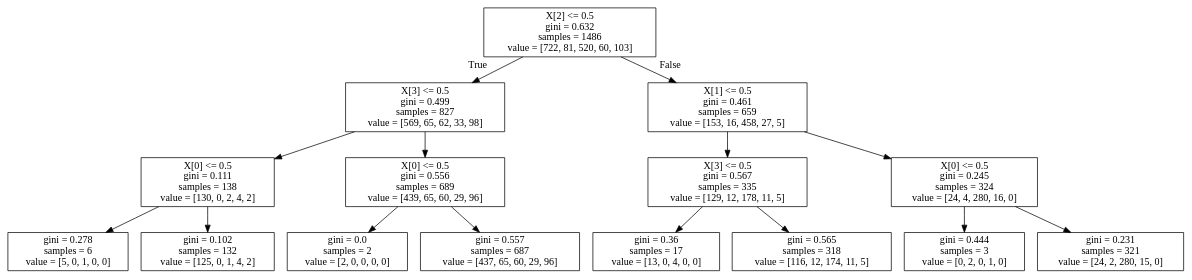
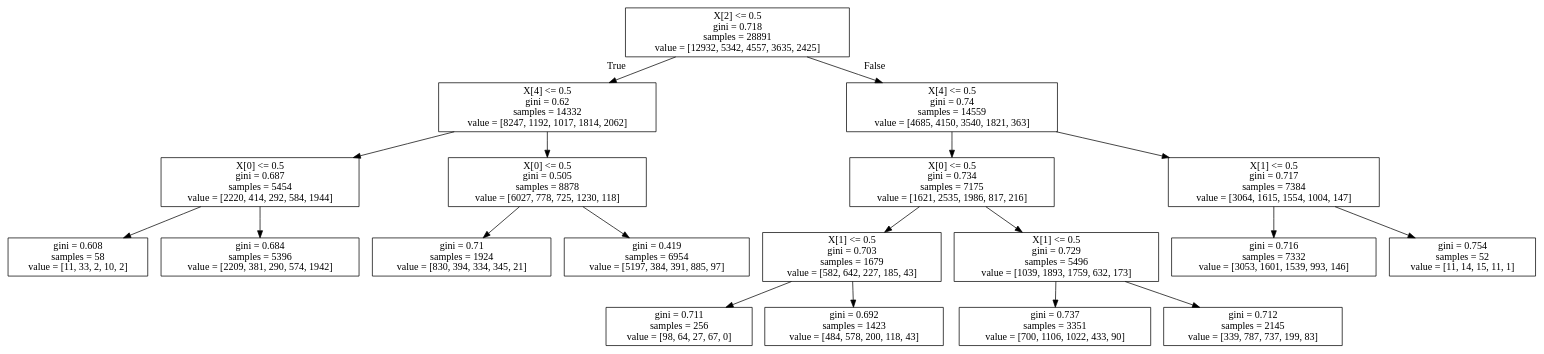
One commit to jesbu1/viper changed the diagram in data/karel/ppo/0000r2+env_task=topOff+max_depth=15+n_batch_rollou=10+max_samples=100000+max_iters=80+train_frac=0.8+is_reweight=False0.10.1/dt_policy.dot. Above: the diagram before and after it, drawn with Graphviz. The commit also changed 60 other files, not shown here.

```diff
--- a/data/karel/ppo/0000r2+env_task=topOff+max_depth=15+n_batch_rollou=10+max_samples=100000+max_iters=80+train_frac=0.8+is_reweight=False0.10.1/dt_policy.dot
+++ b/data/karel/ppo/0000r2+env_task=topOff+max_depth=15+n_batch_rollou=10+max_samples=100000+max_iters=80+train_frac=0.8+is_reweight=False0.10.1/dt_policy.dot
@@ -1,32 +1,40 @@
 digraph Tree {
 node [shape=box] ;
-0 [label="X[2] <= 0.5\ngini = 0.632\nsamples = 1486\nvalue = [722, 81, 520, 60, 103]"] ;
-1 [label="X[3] <= 0.5\ngini = 0.499\nsamples = 827\nvalue = [569, 65, 62, 33, 98]"] ;
+0 [label="X[2] <= 0.5\ngini = 0.718\nsamples = 28891\nvalue = [12932, 5342, 4557, 3635, 2425]"] ;
+1 [label="X[4] <= 0.5\ngini = 0.62\nsamples = 14332\nvalue = [8247, 1192, 1017, 1814, 2062]"] ;
 0 -> 1 [labeldistance=2.5, labelangle=45, headlabel="True"] ;
-2 [label="X[0] <= 0.5\ngini = 0.111\nsamples = 138\nvalue = [130, 0, 2, 4, 2]"] ;
+2 [label="X[0] <= 0.5\ngini = 0.687\nsamples = 5454\nvalue = [2220, 414, 292, 584, 1944]"] ;
 1 -> 2 ;
-3 [label="gini = 0.278\nsamples = 6\nvalue = [5, 0, 1, 0, 0]"] ;
+3 [label="gini = 0.608\nsamples = 58\nvalue = [11, 33, 2, 10, 2]"] ;
 2 -> 3 ;
-4 [label="gini = 0.102\nsamples = 132\nvalue = [125, 0, 1, 4, 2]"] ;
+4 [label="gini = 0.684\nsamples = 5396\nvalue = [2209, 381, 290, 574, 1942]"] ;
 2 -> 4 ;
-5 [label="X[0] <= 0.5\ngini = 0.556\nsamples = 689\nvalue = [439, 65, 60, 29, 96]"] ;
+5 [label="X[0] <= 0.5\ngini = 0.505\nsamples = 8878\nvalue = [6027, 778, 725, 1230, 118]"] ;
 1 -> 5 ;
-6 [label="gini = 0.0\nsamples = 2\nvalue = [2, 0, 0, 0, 0]"] ;
+6 [label="gini = 0.71\nsamples = 1924\nvalue = [830, 394, 334, 345, 21]"] ;
 5 -> 6 ;
-7 [label="gini = 0.557\nsamples = 687\nvalue = [437, 65, 60, 29, 96]"] ;
+7 [label="gini = 0.419\nsamples = 6954\nvalue = [5197, 384, 391, 885, 97]"] ;
 5 -> 7 ;
-8 [label="X[1] <= 0.5\ngini = 0.461\nsamples = 659\nvalue = [153, 16, 458, 27, 5]"] ;
+8 [label="X[4] <= 0.5\ngini = 0.74\nsamples = 14559\nvalue = [4685, 4150, 3540, 1821, 363]"] ;
 0 -> 8 [labeldistance=2.5, labelangle=-45, headlabel="False"] ;
-9 [label="X[3] <= 0.5\ngini = 0.567\nsamples = 335\nvalue = [129, 12, 178, 11, 5]"] ;
+9 [label="X[0] <= 0.5\ngini = 0.734\nsamples = 7175\nvalue = [1621, 2535, 1986, 817, 216]"] ;
 8 -> 9 ;
-10 [label="gini = 0.36\nsamples = 17\nvalue = [13, 0, 4, 0, 0]"] ;
+10 [label="X[1] <= 0.5\ngini = 0.703\nsamples = 1679\nvalue = [582, 642, 227, 185, 43]"] ;
 9 -> 10 ;
-11 [label="gini = 0.565\nsamples = 318\nvalue = [116, 12, 174, 11, 5]"] ;
-9 -> 11 ;
-12 [label="X[0] <= 0.5\ngini = 0.245\nsamples = 324\nvalue = [24, 4, 280, 16, 0]"] ;
-8 -> 12 ;
-13 [label="gini = 0.444\nsamples = 3\nvalue = [0, 2, 0, 1, 0]"] ;
-12 -> 13 ;
-14 [label="gini = 0.231\nsamples = 321\nvalue = [24, 2, 280, 15, 0]"] ;
-12 -> 14 ;
+11 [label="gini = 0.711\nsamples = 256\nvalue = [98, 64, 27, 67, 0]"] ;
+10 -> 11 ;
+12 [label="gini = 0.692\nsamples = 1423\nvalue = [484, 578, 200, 118, 43]"] ;
+10 -> 12 ;
+13 [label="X[1] <= 0.5\ngini = 0.729\nsamples = 5496\nvalue = [1039, 1893, 1759, 632, 173]"] ;
+9 -> 13 ;
+14 [label="gini = 0.737\nsamples = 3351\nvalue = [700, 1106, 1022, 433, 90]"] ;
+13 -> 14 ;
+15 [label="gini = 0.712\nsamples = 2145\nvalue = [339, 787, 737, 199, 83]"] ;
+13 -> 15 ;
+16 [label="X[1] <= 0.5\ngini = 0.717\nsamples = 7384\nvalue = [3064, 1615, 1554, 1004, 147]"] ;
+8 -> 16 ;
+17 [label="gini = 0.716\nsamples = 7332\nvalue = [3053, 1601, 1539, 993, 146]"] ;
+16 -> 17 ;
+18 [label="gini = 0.754\nsamples = 52\nvalue = [11, 14, 15, 11, 1]"] ;
+16 -> 18 ;
 }
```
